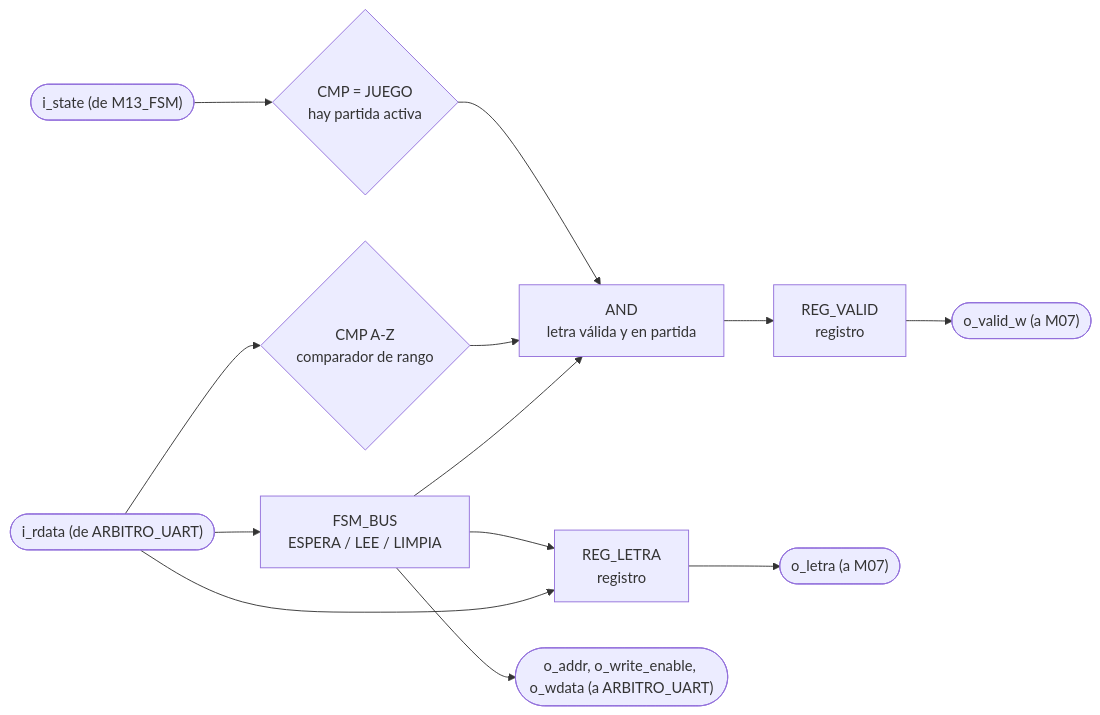
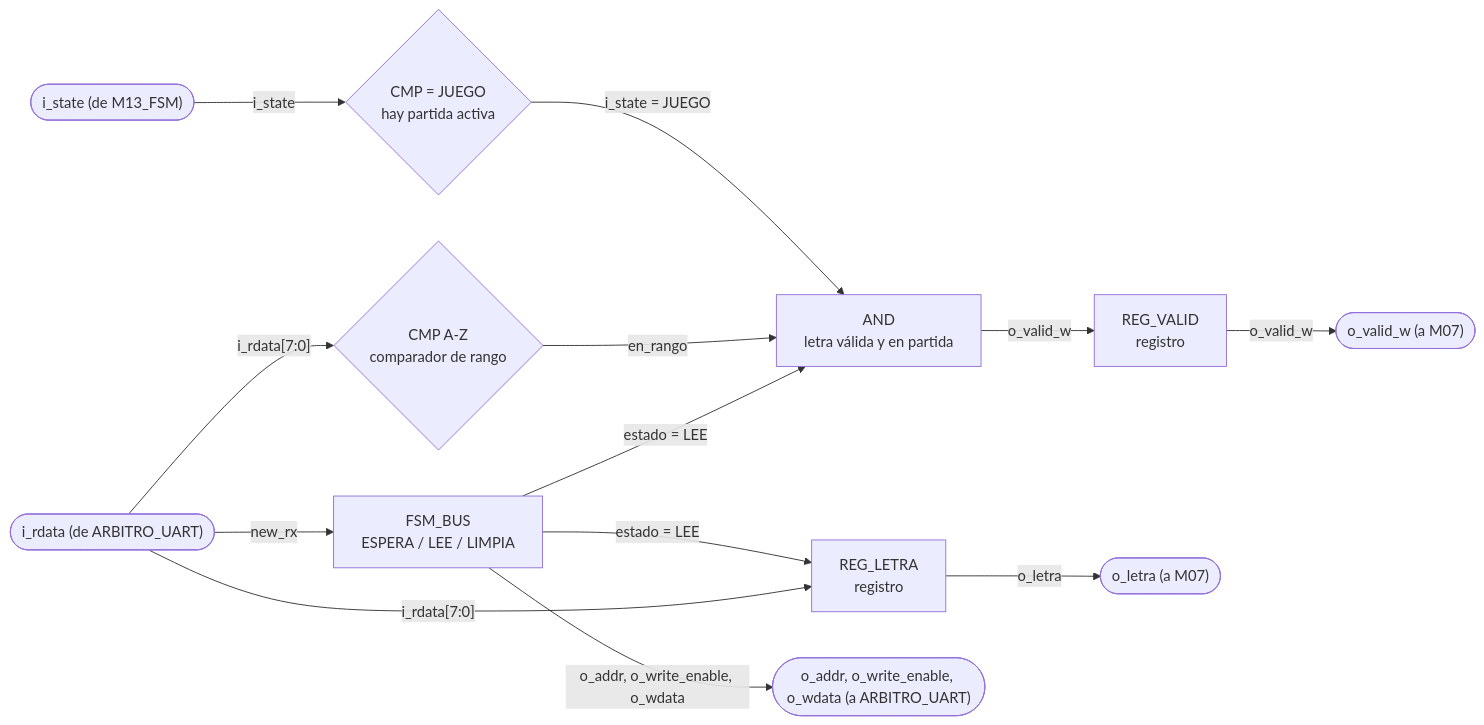
Before and after one commit to Taller-de-diseno-digital-GR01/Proyecto-2-Ahorcado: the first of 2 diagrams in docs/diseño/modulos/M10_Receptor-UART.md, drawn with Mermaid. The commit also changed 10 other files, not shown here.

````diff
--- a/docs/diseño/modulos/M10_Receptor-UART.md
+++ b/docs/diseño/modulos/M10_Receptor-UART.md
@@ -9,15 +9,15 @@
 ```mermaid
 flowchart LR
-    IN_RD(["i_rdata (de ARBITRO_UART)"]) --> FSM_BUS["FSM_BUS<br/>ESPERA / LEE / LIMPIA"]
-    IN_RD --> CMP_RNG{"CMP A-Z<br/>comparador de rango"}
-    IN_STATE(["i_state (de M13_FSM)"]) --> CMP_JG{"CMP = JUEGO<br/>hay partida activa"}
-    FSM_BUS --> AND1["AND<br/>letra válida y en partida"]
-    CMP_RNG --> AND1
-    CMP_JG --> AND1
-    AND1 --> REG_VALID["REG_VALID<br/>registro"]
-    IN_RD --> REG_LETRA["REG_LETRA<br/>registro"]
-    FSM_BUS --> REG_LETRA
-    REG_LETRA --> OUT_LETRA(["o_letra (a M07)"])
-    REG_VALID --> OUT_VW(["o_valid_w (a M07)"])
-    FSM_BUS --> OUT_BUS(["o_addr, o_write_enable, o_wdata (a ARBITRO_UART)"])
+    IN_RD(["i_rdata (de ARBITRO_UART)"]) -->|new_rx| FSM_BUS["FSM_BUS<br/>ESPERA / LEE / LIMPIA"]
+    IN_RD -->|"i_rdata[7:0]"| CMP_RNG{"CMP A-Z<br/>comparador de rango"}
+    IN_STATE(["i_state (de M13_FSM)"]) -->|i_state| CMP_JG{"CMP = JUEGO<br/>hay partida activa"}
+    FSM_BUS -->|"estado = LEE"| AND1["AND<br/>letra válida y en partida"]
+    CMP_RNG -->|en_rango| AND1
+    CMP_JG -->|"i_state = JUEGO"| AND1
+    AND1 -->|o_valid_w| REG_VALID["REG_VALID<br/>registro"]
+    IN_RD -->|"i_rdata[7:0]"| REG_LETRA["REG_LETRA<br/>registro"]
+    FSM_BUS -->|"estado = LEE"| REG_LETRA
+    REG_LETRA -->|o_letra| OUT_LETRA(["o_letra (a M07)"])
+    REG_VALID -->|o_valid_w| OUT_VW(["o_valid_w (a M07)"])
+    FSM_BUS -->|"o_addr, o_write_enable, o_wdata"| OUT_BUS(["o_addr, o_write_enable, o_wdata (a ARBITRO_UART)"])
 ```
````
